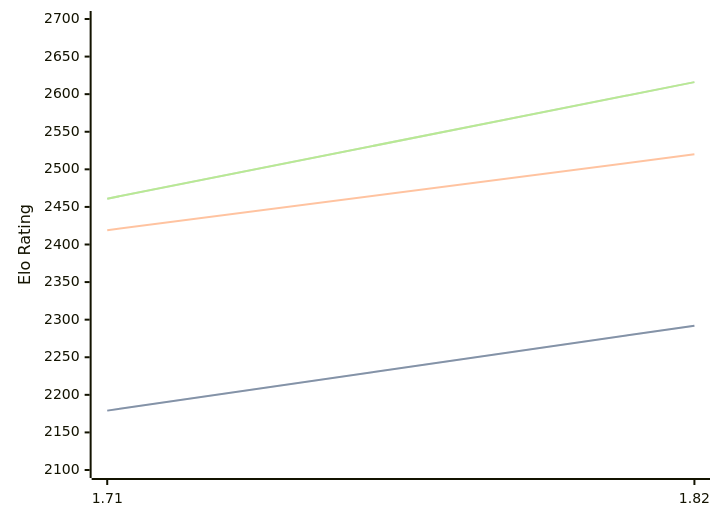
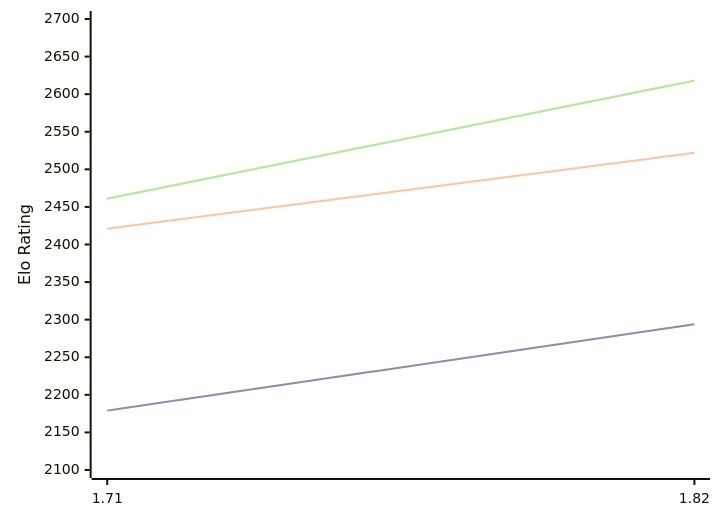
The diagram in engines/Amira.md (computer-chess-index/cci), drawn with Mermaid before and after one commit. The commit also changed other lines of this file, not shown here.

Commit message:
Update CCI Ratings (ELO VLTC) - 2026-06-11

````diff
--- a/engines/Amira.md
+++ b/engines/Amira.md
@@ -35,11 +35,11 @@
 ```mermaid
 %%{init: {"theme":"base","themeVariables":{"seriesColors:['#a3a3a3','#222221','#faa371']}}}%%
 xychart-beta
   x-axis ["1.71", "1.82"]
   y-axis "Elo Rating" 2100 --> 2700
-  line "STC (8.0+0.08s)" [2179, 2292]
-  line "STC (8.0+0.08s)" [2179, 2292]
-  line "LTC (60.0+0.60s)" [2419, 2520]
-  line "VLTC (2m24s+1.12s)" [2461, 2616]
-  line "VLTC (2m24s+1.12s)" [2461, 2616]
+  line "STC (8.0+0.08s)" [2179, 2294]
+  line "STC (8.0+0.08s)" [2179, 2294]
+  line "LTC (60.0+0.60s)" [2421, 2522]
+  line "VLTC (2m24s+1.12s)" [2461, 2618]
+  line "VLTC (2m24s+1.12s)" [2461, 2618]
 ```
````
